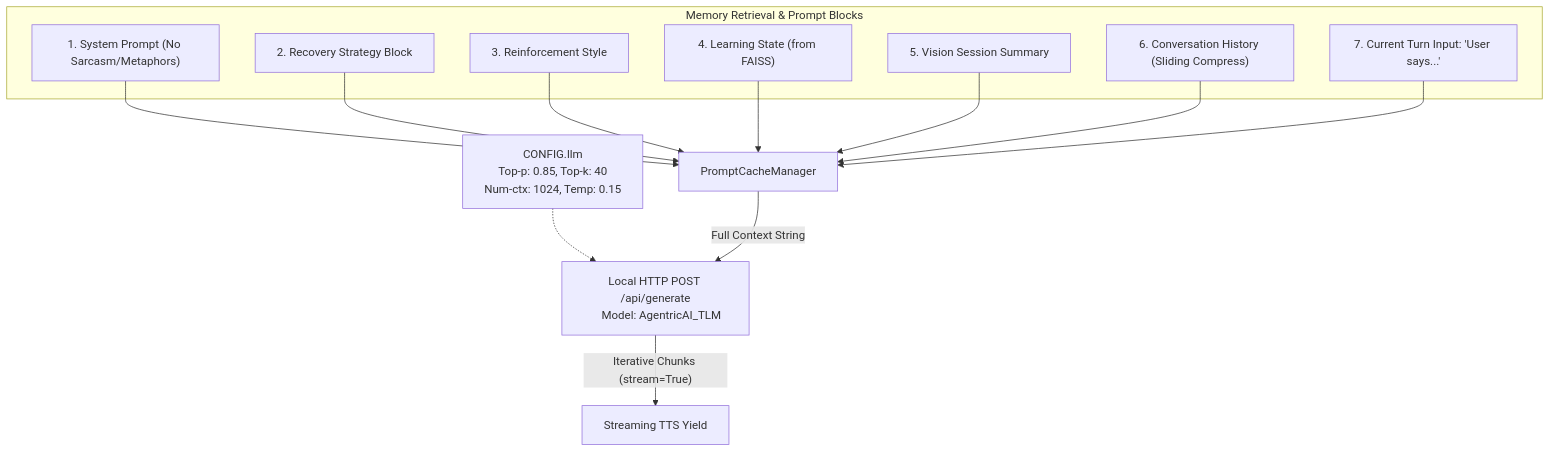
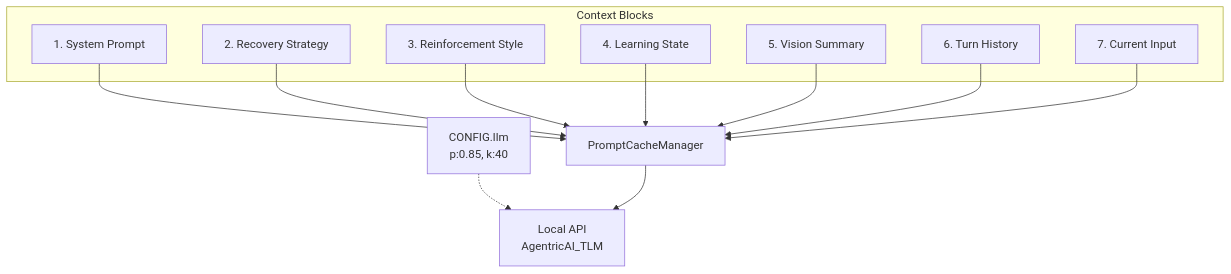
Before and after one commit to deepanmpc/LaRa: the fourth of 10 diagrams in ARCHITECTURE.md, drawn with Mermaid. The commit also changed other lines of this file, not shown here.

Commit message:
docs: refactor architecture diagrams for 2-column research paper optimization

````diff
--- a/ARCHITECTURE.md
+++ b/ARCHITECTURE.md
@@ -103,28 +86,24 @@
 ```mermaid
 flowchart TD
-    Config["CONFIG.llm
-    Top-p: 0.85, Top-k: 40
-    Num-ctx: 1024, Temp: 0.15"] -.-> OllamaAPI
+    Config["CONFIG.llm<br>p:0.85, k:40"] -.-> OllamaAPI
     
-    subgraph Segments ["Memory Retrieval & Prompt Blocks"]
-        Sys["1. System Prompt (No Sarcasm/Metaphors)"]
-        Strat["2. Recovery Strategy Block"]
+    subgraph Segments ["Context Blocks"]
+        Sys["1. System Prompt"]
+        Strat["2. Recovery Strategy"]
         Style["3. Reinforcement Style"]
-        Mem["4. Learning State (from FAISS)"]
-        Vis["5. Vision Session Summary"]
-        Hist["6. Conversation History (Sliding Compress)"]
-        Live["7. Current Turn Input: 'User says...'"]
+        Mem["4. Learning State"]
+        Vis["5. Vision Summary"]
+        Hist["6. Turn History"]
+        Live["7. Current Input"]
     end
     
     Sys --> Cache["PromptCacheManager"]
     Strat --> Cache
     Style --> Cache
     Mem --> Cache
     Vis --> Cache
     Hist --> Cache
     Live --> Cache
     
-    Cache --> |"Full Context String"| OllamaAPI["Local HTTP POST /api/generate
-    Model: AgentricAI_TLM"]
-    OllamaAPI --> |"Iterative Chunks (stream=True)"| Yield["Streaming TTS Yield"]
+    Cache --> OllamaAPI["Local API<br>AgentricAI_TLM"]
 ```
````
